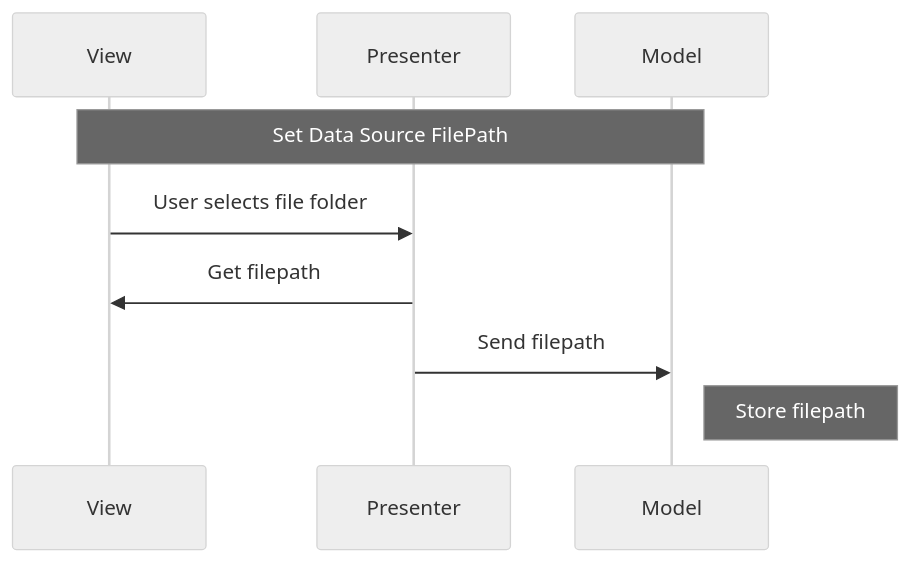
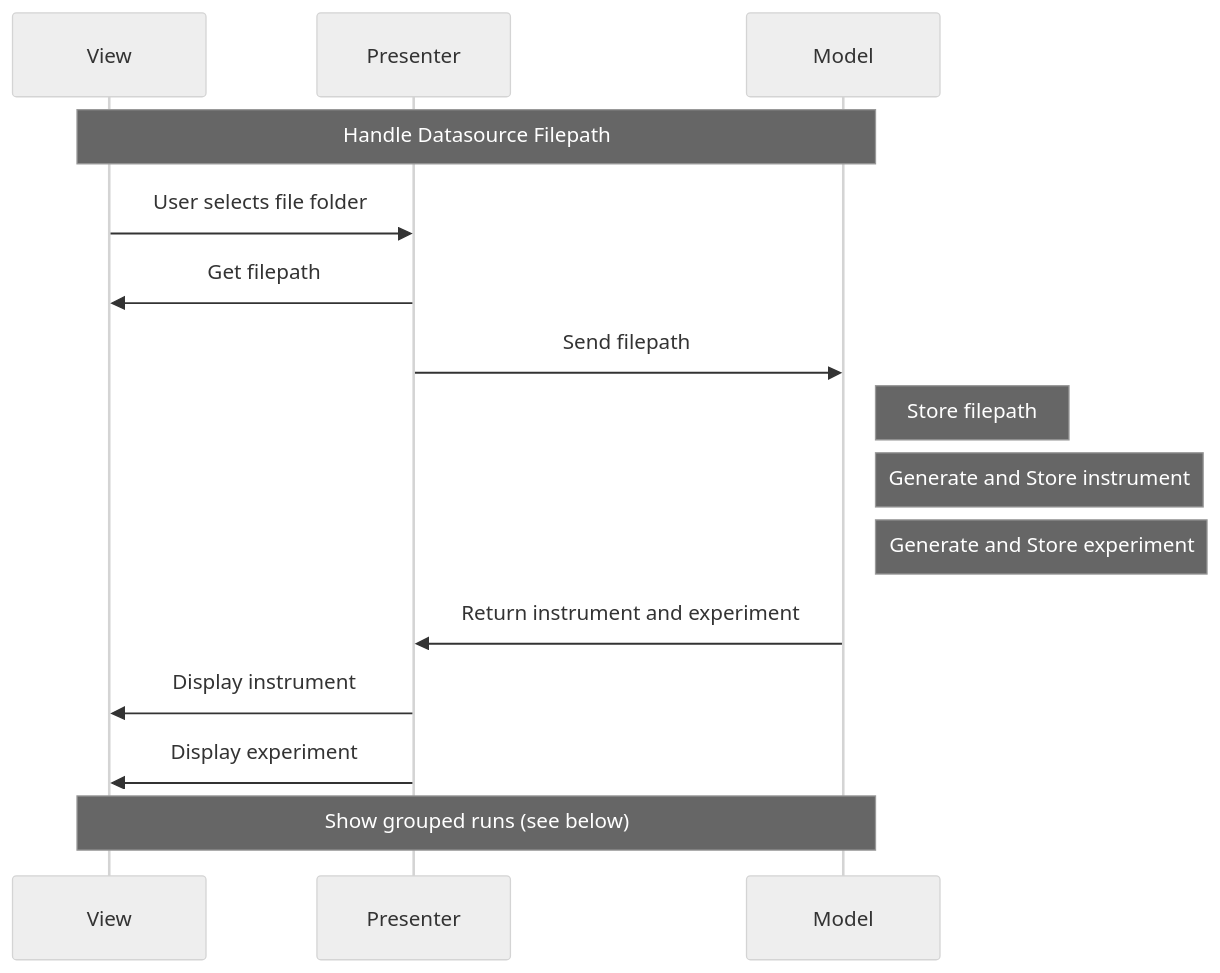
The fourth of 6 diagrams in docs/source/design/oncat_mvp.rst (neutrons/garnet), drawn with Mermaid (neutral theme) before and after one commit. The commit also changed other lines of this file and 6 other files, not shown here.

```diff
--- a/docs/source/design/oncat_mvp.rst
+++ b/docs/source/design/oncat_mvp.rst
@@ -110,12 +109,18 @@
 .. mermaid::
 
     sequenceDiagram
         participant View
         participant Presenter
         participant Model
 
-        Note over View,Model: Set Data Source FilePath
+        Note over View,Model: Handle Datasource Filepath
         View->>Presenter: User selects file folder
         Presenter->>View: Get filepath
         Presenter->>Model: Send filepath
         Note right of Model: Store filepath
+        Note right of Model: Generate and Store instrument
+        Note right of Model: Generate and Store experiment
+        Model->>Presenter: Return instrument and experiment
+        Presenter->>View: Display instrument
+        Presenter->>View: Display experiment
+        Note over View,Model: Show grouped runs (see below)
```
